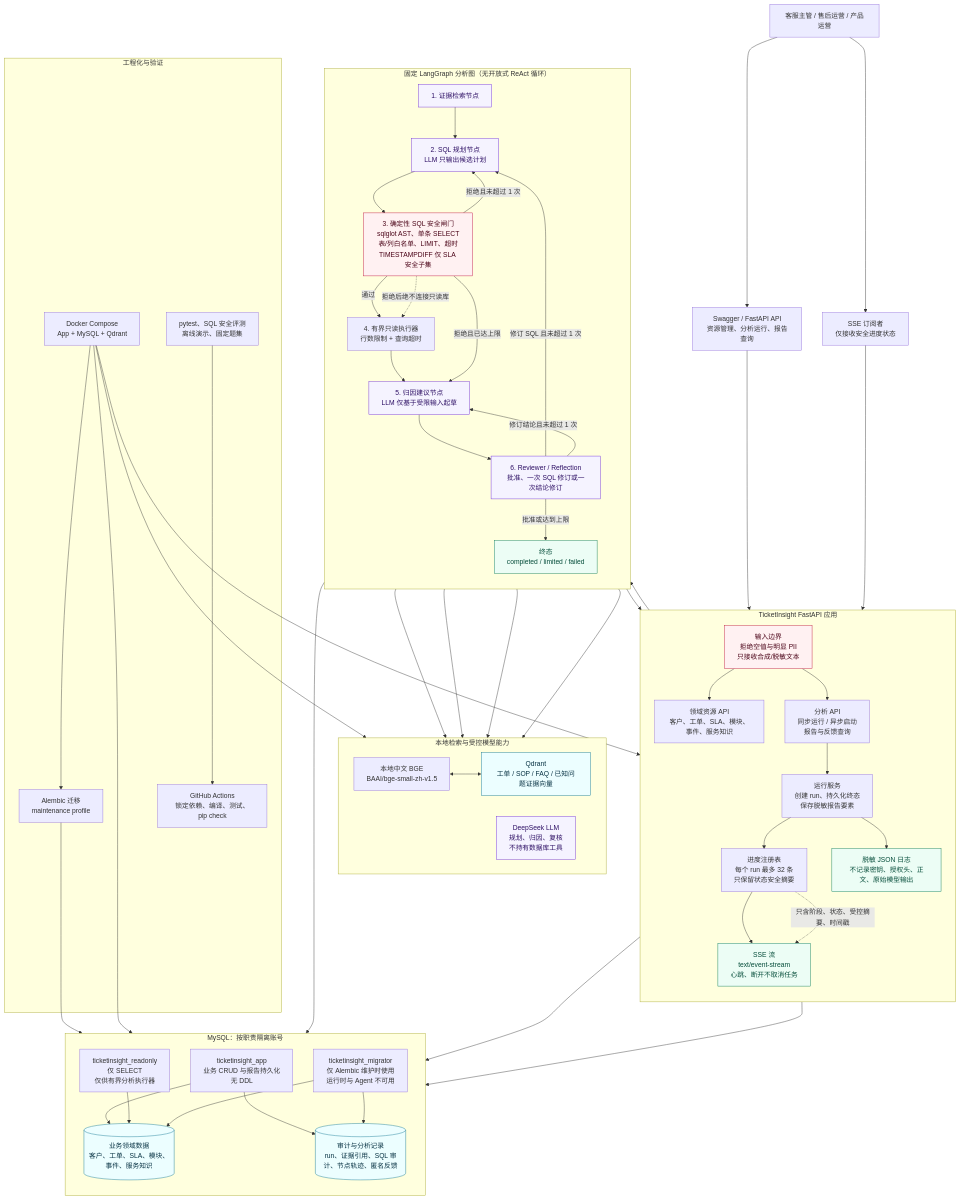
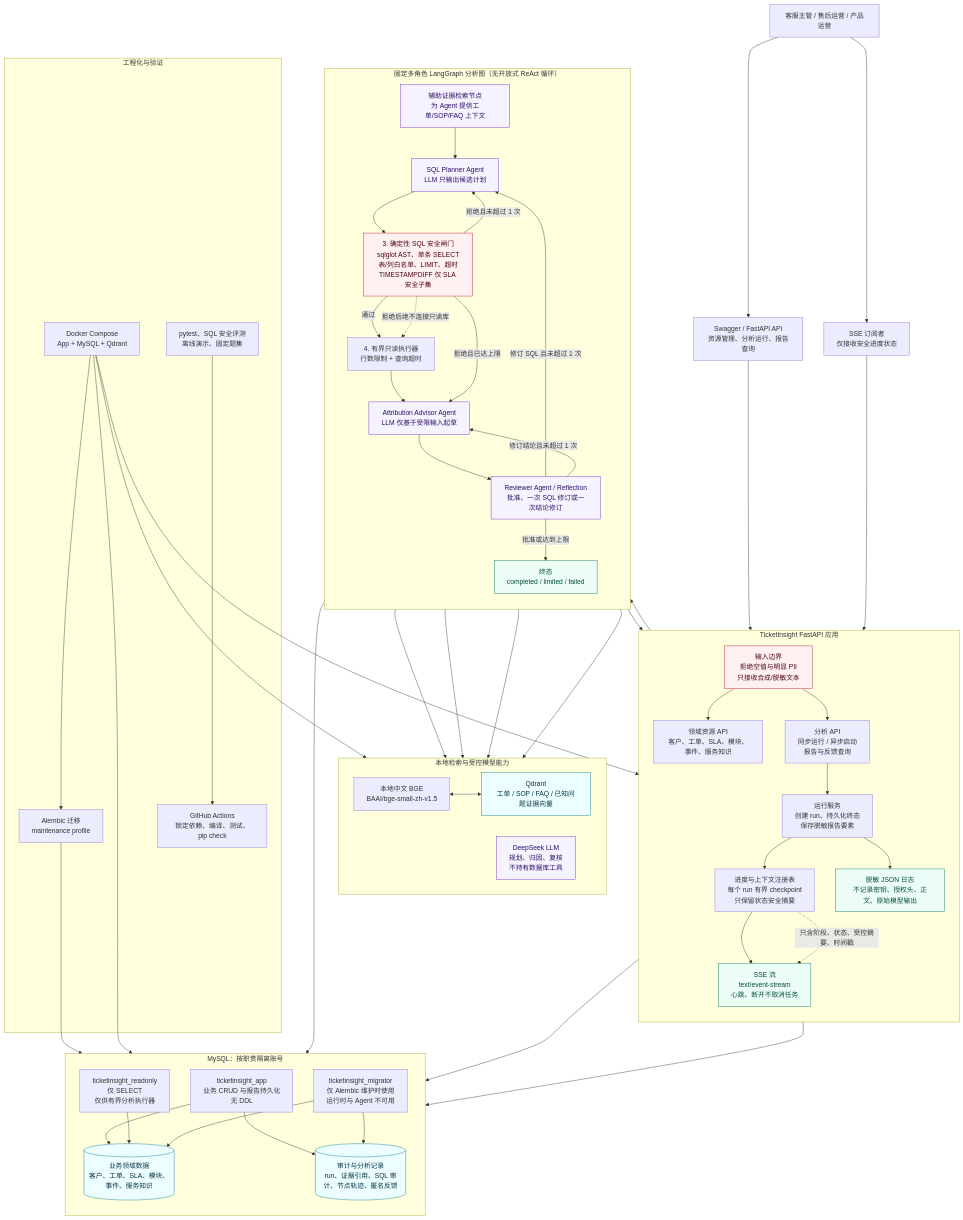
The first of 2 diagrams in docs/diagrams.md (wind989/TicketInsight), drawn with Mermaid before and after one commit. The commit also changed 17 other files, not shown here.

```diff
--- a/docs/diagrams.md
+++ b/docs/diagrams.md
@@ -19,7 +19,7 @@
         resource_api["领域资源 API\n客户、工单、SLA、模块、事件、服务知识"]
         analysis_api["分析 API\n同步运行 / 异步启动\n报告与反馈查询"]
         run_store["运行服务\n创建 run、持久化终态\n保存脱敏报告要素"]
-        progress["进度注册表\n每个 run 最多 32 条\n只保留状态安全摘要"]
+        progress["进度与上下文注册表\n每个 run 有界 checkpoint\n只保留状态安全摘要"]
         sse["SSE 流\ntext/event-stream\n心跳、断开不取消任务"]
         logs["脱敏 JSON 日志\n不记录密钥、授权头、正文、原始模型输出"]
 
@@ -34,14 +34,14 @@
     swagger --> input_guard
     sse_client --> sse
 
-    subgraph graph["固定 LangGraph 分析图（无开放式 ReAct 循环）"]
+    subgraph graph["固定多角色 LangGraph 分析图（无开放式 ReAct 循环）"]
         direction TB
-        retrieve["1. 证据检索节点"]
-        planner["2. SQL 规划节点\nLLM 只输出候选计划"]
+        retrieve["辅助证据检索节点\n为 Agent 提供工单/SOP/FAQ 上下文"]
+        planner["SQL Planner Agent\nLLM 只输出候选计划"]
         gate["3. 确定性 SQL 安全闸门\nsqlglot AST、单条 SELECT\n表/列白名单、LIMIT、超时\nTIMESTAMPDIFF 仅 SLA 安全子集"]
         executor["4. 有界只读执行器\n行数限制 + 查询超时"]
-        advisor["5. 归因建议节点\nLLM 仅基于受限输入起草"]
-        reviewer["6. Reviewer / Reflection\n批准、一次 SQL 修订或一次结论修订"]
+        advisor["Attribution Advisor Agent\nLLM 仅基于受限输入起草"]
+        reviewer["Reviewer Agent / Reflection\n批准、一次 SQL 修订或一次结论修订"]
         terminal["终态\ncompleted / limited / failed"]
 
         retrieve --> planner --> gate
```
